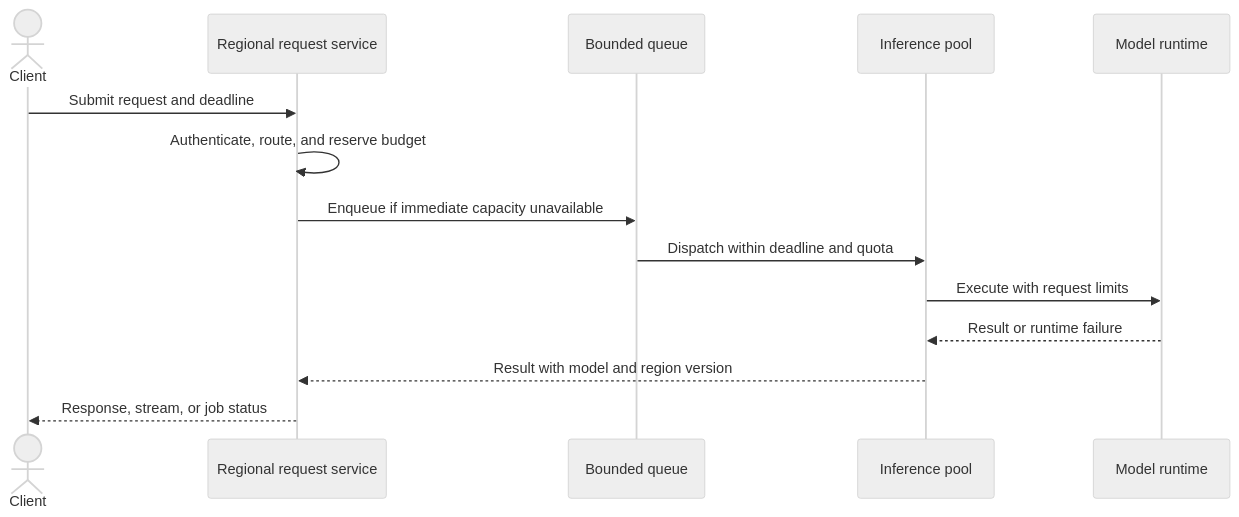
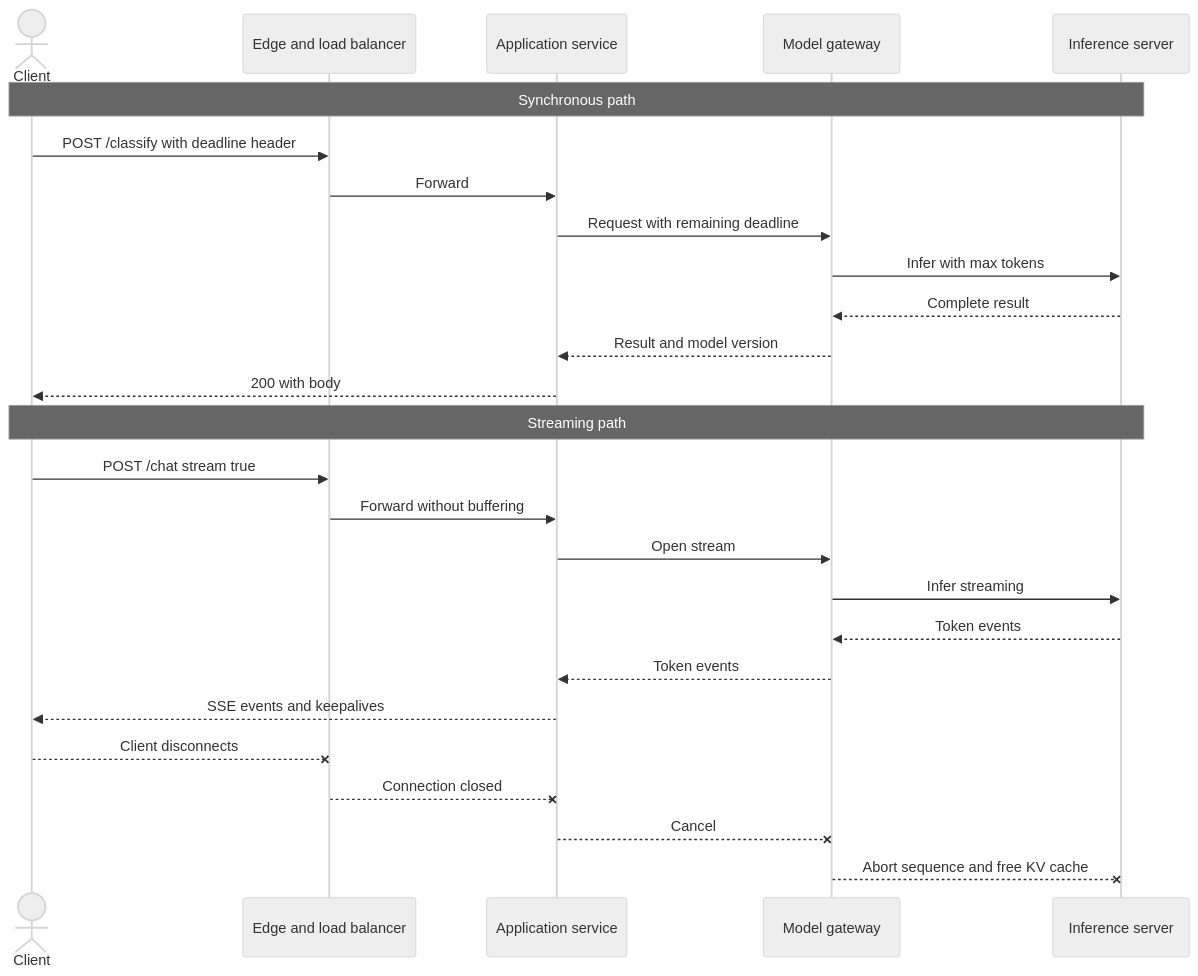
Before and after one commit to joydasss/Architect: the third of 17 diagrams in 17_AI_Architecture/CH07_Inference_Serving_and_Model_Placement.md, drawn with Mermaid (neutral theme). The commit also changed other lines of this file and 295 other files, not shown here.

````diff
--- a/17_AI_Architecture/CH07_Inference_Serving_and_Model_Placement.md
+++ b/17_AI_Architecture/CH07_Inference_Serving_and_Model_Placement.md
@@ -51,16 +257,28 @@
 ```mermaid
 sequenceDiagram
-    actor Client
-    participant Front as Regional request service
-    participant Queue as Bounded queue
-    participant Pool as Inference pool
-    participant Model as Model runtime
-    Client->>Front: Submit request and deadline
-    Front->>Front: Authenticate, route, and reserve budget
-    Front->>Queue: Enqueue if immediate capacity unavailable
-    Queue->>Pool: Dispatch within deadline and quota
-    Pool->>Model: Execute with request limits
-    Model-->>Pool: Result or runtime failure
-    Pool-->>Front: Result with model and region version
-    Front-->>Client: Response, stream, or job status
+    actor U as Client
+    participant E as Edge and load balancer
+    participant A as Application service
+    participant G as Model gateway
+    participant S as Inference server
+    Note over U,S: Synchronous path
+    U->>E: POST /classify with deadline header
+    E->>A: Forward
+    A->>G: Request with remaining deadline
+    G->>S: Infer with max tokens
+    S-->>G: Complete result
+    G-->>A: Result and model version
+    A-->>U: 200 with body
+    Note over U,S: Streaming path
+    U->>E: POST /chat stream true
+    E->>A: Forward without buffering
+    A->>G: Open stream
+    G->>S: Infer streaming
+    S-->>G: Token events
+    G-->>A: Token events
+    A-->>U: SSE events and keepalives
+    U--xE: Client disconnects
+    E--xA: Connection closed
+    A--xG: Cancel
+    G--xS: Abort sequence and free KV cache
 ```
````
